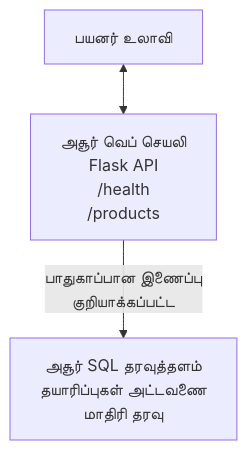
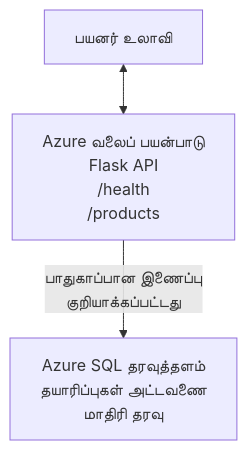
Before and after one commit to microsoft/AZD-for-beginners: the diagram in translations/ta/examples/database-app/README.md, drawn with Mermaid. The commit also changed other lines of this file and 104 other files, not shown here.

````diff
--- a/translations/ta/examples/database-app/README.md
+++ b/translations/ta/examples/database-app/README.md
@@ -72,5 +72,5 @@
 ```mermaid
 graph TD
-    Browser[பயனர் உலாவி] <--> WebApp[அசூர் வெப் செயலி<br/>Flask API<br/>/health<br/>/products]
-    WebApp -- பாதுகாப்பான இணைப்பு<br/>குறியாக்கப்பட்ட --> SQL[அசூர் SQL தரவுத்தளம்<br/>தயாரிப்புகள் அட்டவணை<br/>மாதிரி தரவு]
+    Browser[பயனர் உலாவி] <--> WebApp[Azure வலைப் பயன்பாடு<br/>Flask API<br/>/health<br/>/products]
+    WebApp -- பாதுகாப்பான இணைப்பு<br/>குறியாக்கப்பட்டது --> SQL[Azure SQL தரவுத்தளம்<br/>தயாரிப்புகள் அட்டவணை<br/>மாதிரி தரவு]
 ```
````
